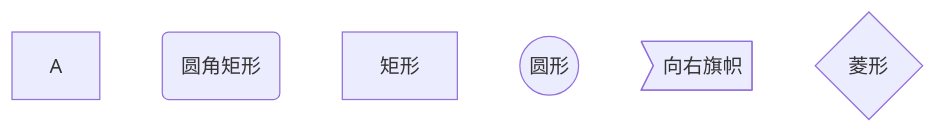
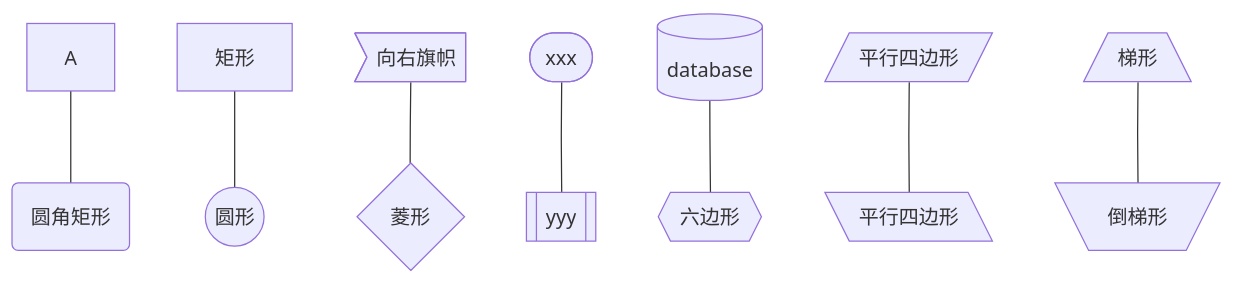
One commit to wqf31415/wqf31415.github.io changed the third of 17 diagrams in source/_posts/markdown-中插入-mermaid-图.md. Above: the diagram before and after it, drawn with Mermaid. The commit also changed other lines of this file, not shown here.

Commit message:
:chart_with_downwards_trend: finish

````diff
--- a/source/_posts/markdown-中插入-mermaid-图.md
+++ b/source/_posts/markdown-中插入-mermaid-图.md
@@ -99,9 +99,10 @@
 ```mermaid
 graph TB;
-A
-start(圆角矩形)
-process[矩形]
-circle((圆形))
-flag>向右旗帜]
-judge{菱形}
+A --- start(圆角矩形)
+process[矩形] --- circle((圆形))
+flag>向右旗帜] --- judge{菱形}
+stadium-shaped([xxx]) --- subroutine[[yyy]]
+database[(database)] --- hexagon{{六边形}}
+parallelogram[/平行四边形/] --- parallelogram-alt[\平行四边形\]
+trapezoid[/梯形\] --- trapezoid-alt[\倒梯形/]
 ```
````
